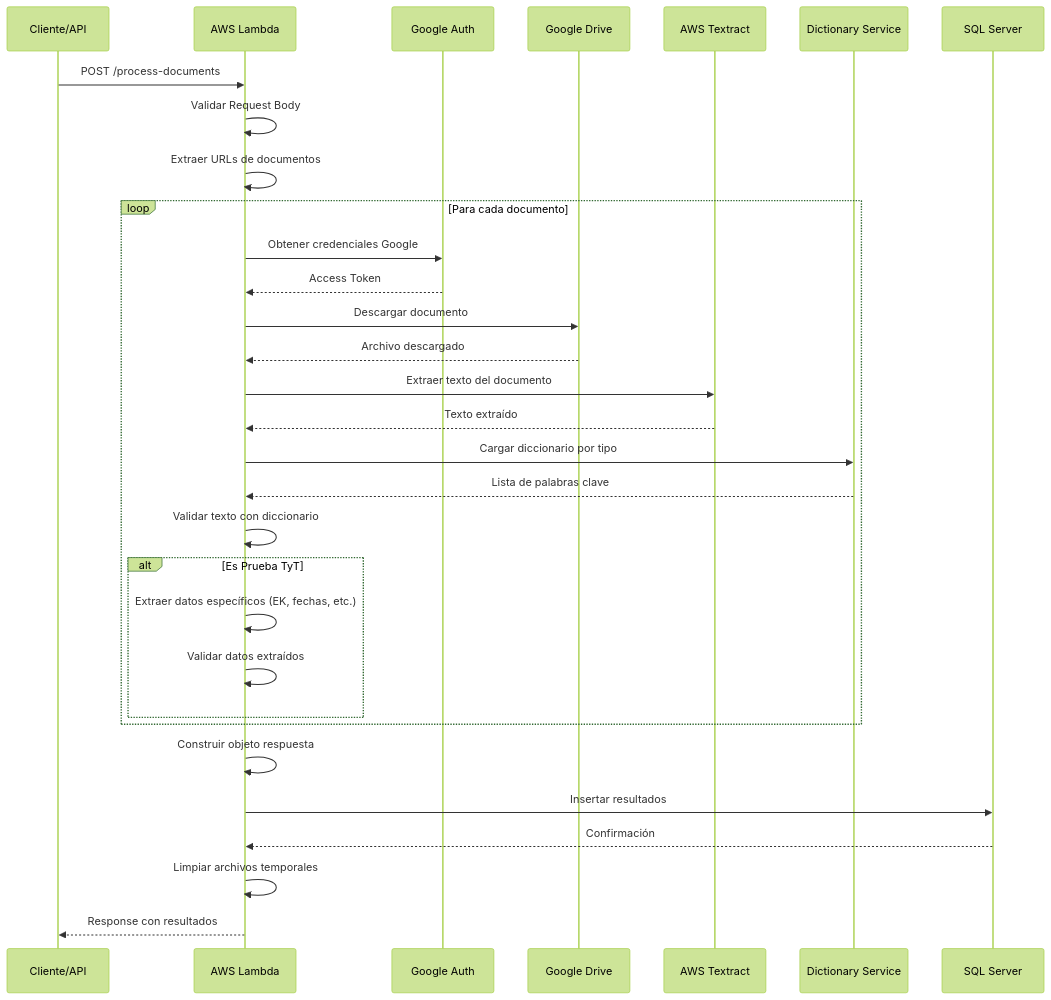
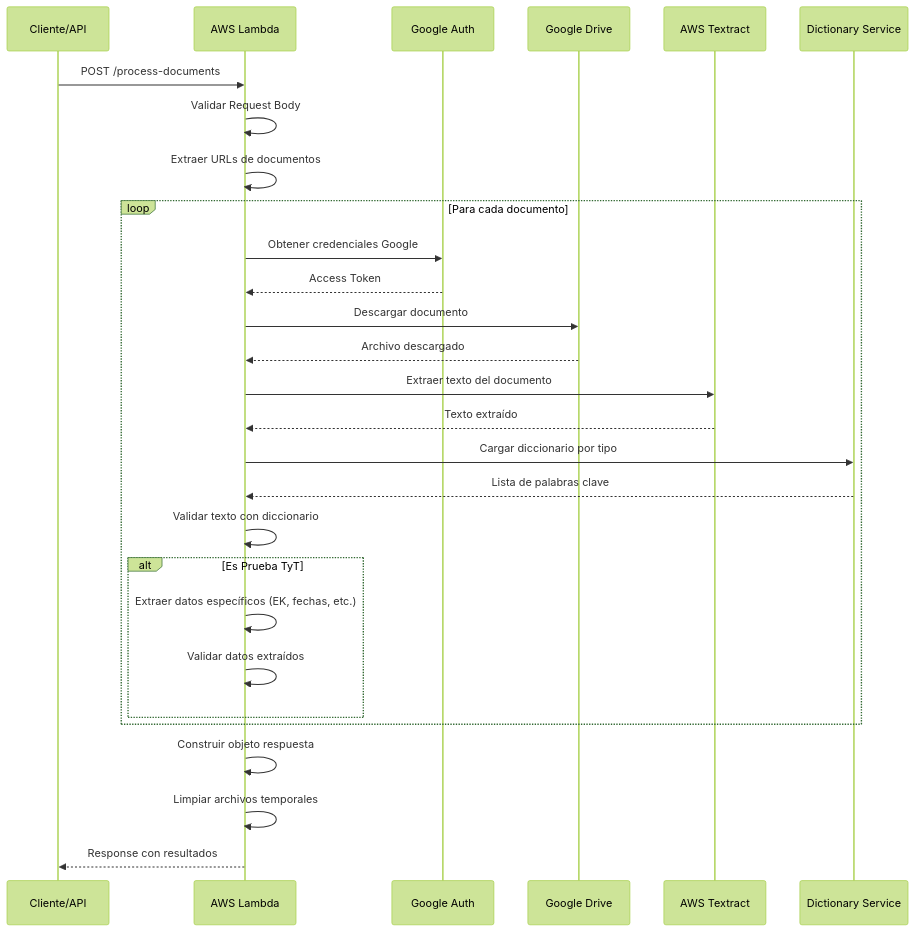
Before and after one commit to cavidescun/lambda_v1: the third of 5 diagrams in DOCUMENTACION_PROJECT.md, drawn with Mermaid (forest theme). The commit also changed other lines of this file and 1 other file, not shown here.

````diff
--- a/DOCUMENTACION_PROJECT.md
+++ b/DOCUMENTACION_PROJECT.md
@@ -177,37 +168,34 @@
 ```mermaid
 sequenceDiagram
     participant Client as Cliente/API
     participant Lambda as AWS Lambda
     participant Auth as Google Auth
     participant Drive as Google Drive
     participant Textract as AWS Textract
     participant Dict as Dictionary Service
-    participant DB as SQL Server
     
     Client->>Lambda: POST /process-documents
     Lambda->>Lambda: Validar Request Body
     Lambda->>Lambda: Extraer URLs de documentos
     
     loop Para cada documento
         Lambda->>Auth: Obtener credenciales Google
         Auth-->>Lambda: Access Token
         Lambda->>Drive: Descargar documento
         Drive-->>Lambda: Archivo descargado
         Lambda->>Textract: Extraer texto del documento
         Textract-->>Lambda: Texto extraído
         Lambda->>Dict: Cargar diccionario por tipo
         Dict-->>Lambda: Lista de palabras clave
         Lambda->>Lambda: Validar texto con diccionario
         
         alt Es Prueba TyT
             Lambda->>Lambda: Extraer datos específicos (EK, fechas, etc.)
             Lambda->>Lambda: Validar datos extraídos
         end
     end
     
     Lambda->>Lambda: Construir objeto respuesta
-    Lambda->>DB: Insertar resultados
-    DB-->>Lambda: Confirmación
     Lambda->>Lambda: Limpiar archivos temporales
     Lambda-->>Client: Response con resultados
 ```
````
